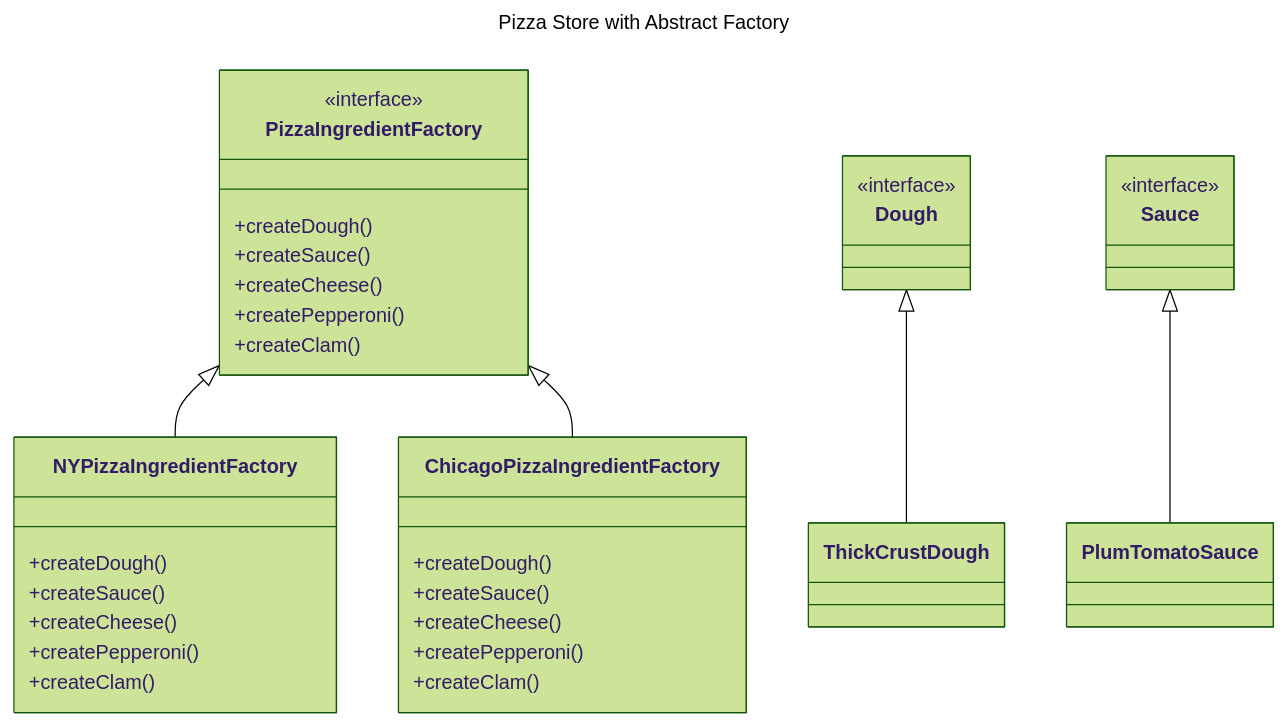
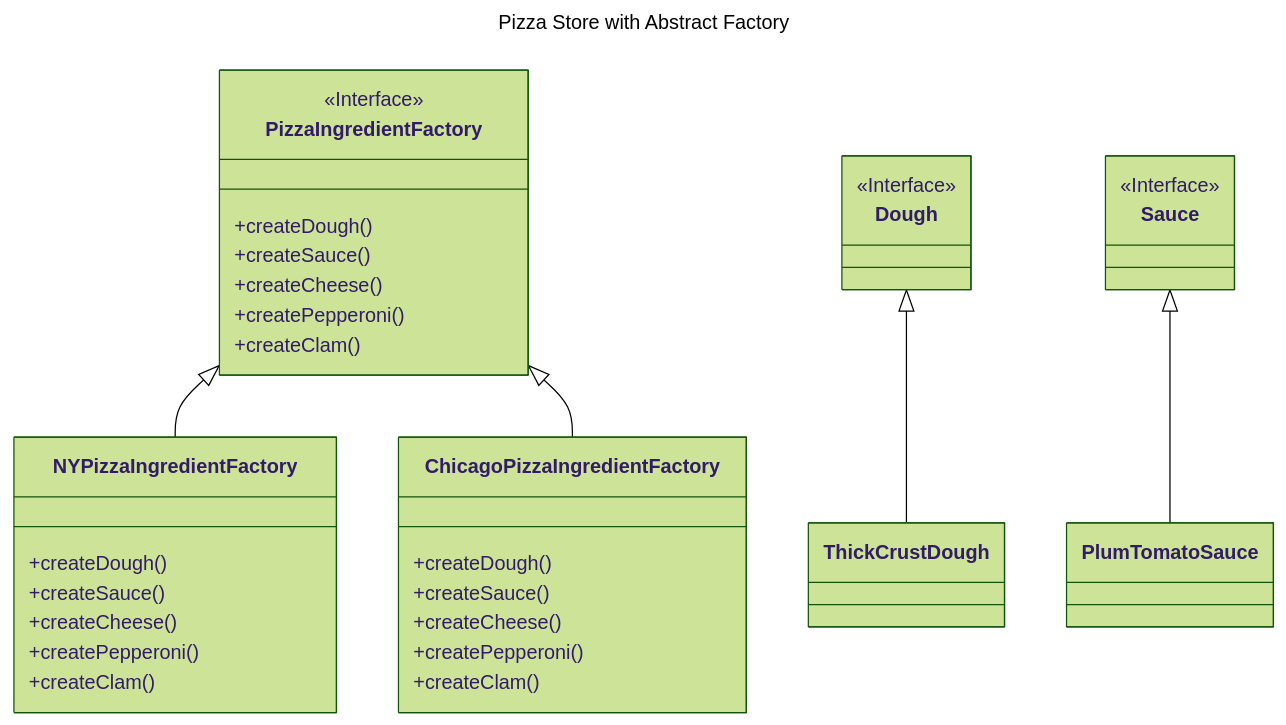
Before and after one commit to lamhq/tech-notes: the fourth of 4 diagrams in pages/software-engineering/design/ood/design-patterns/abstract-factory.md, drawn with Mermaid (forest theme). The commit also changed other lines of this file and 6 other files, not shown here.

Commit message:
fix mermaid class annotation

````diff
--- a/pages/software-engineering/design/ood/design-patterns/abstract-factory.md
+++ b/pages/software-engineering/design/ood/design-patterns/abstract-factory.md
@@ -170,38 +170,38 @@
 ```mermaid
 ---
 title: Pizza Store with Abstract Factory
 ---
 classDiagram
   class PizzaIngredientFactory{
-    <<interface>>
+    <<Interface>>
     +createDough()
     +createSauce()
     +createCheese()
     +createPepperoni()
     +createClam()
   }
   class NYPizzaIngredientFactory{
     +createDough()
     +createSauce()
     +createCheese()
     +createPepperoni()
     +createClam()
   }
   class ChicagoPizzaIngredientFactory{
     +createDough()
     +createSauce()
     +createCheese()
     +createPepperoni()
     +createClam()
   }
   class Dough{
-    <<interface>>
+    <<Interface>>
   }
   class Sauce{
-    <<interface>>
+    <<Interface>>
   }
   PizzaIngredientFactory <|-- NYPizzaIngredientFactory
   PizzaIngredientFactory <|-- ChicagoPizzaIngredientFactory
   Dough <|-- ThickCrustDough
   Sauce <|-- PlumTomatoSauce
 ```
````
